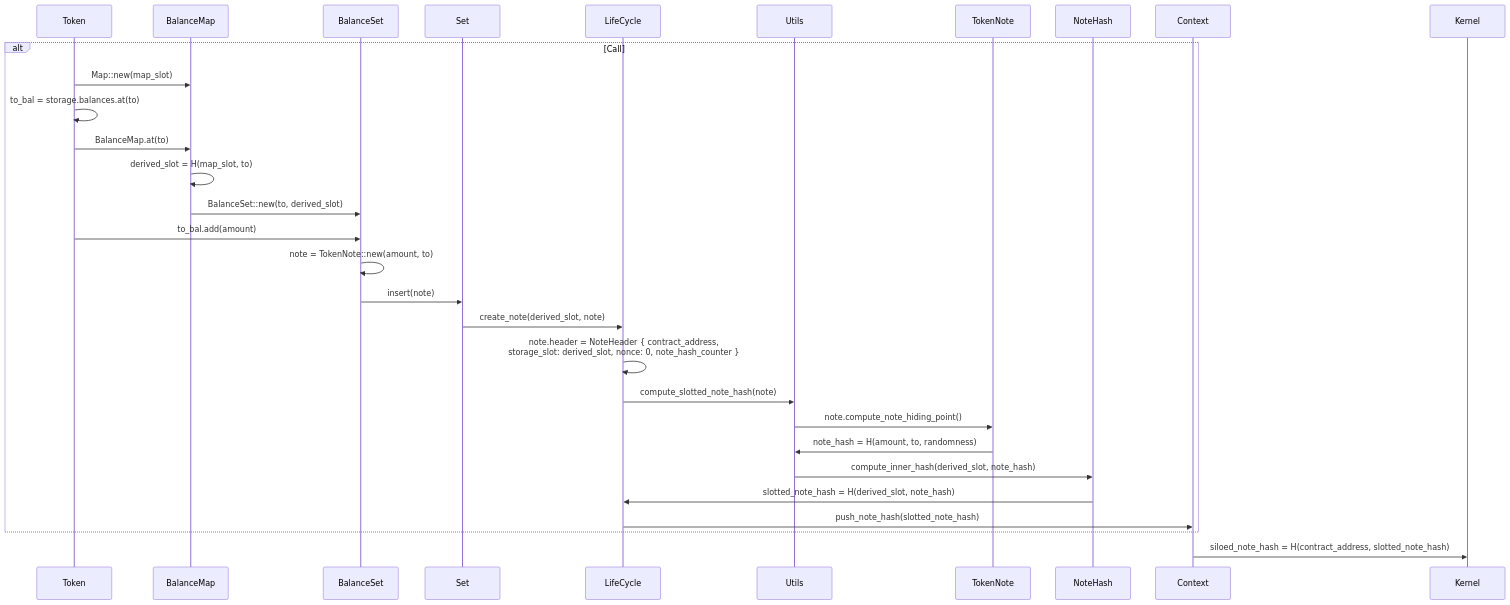
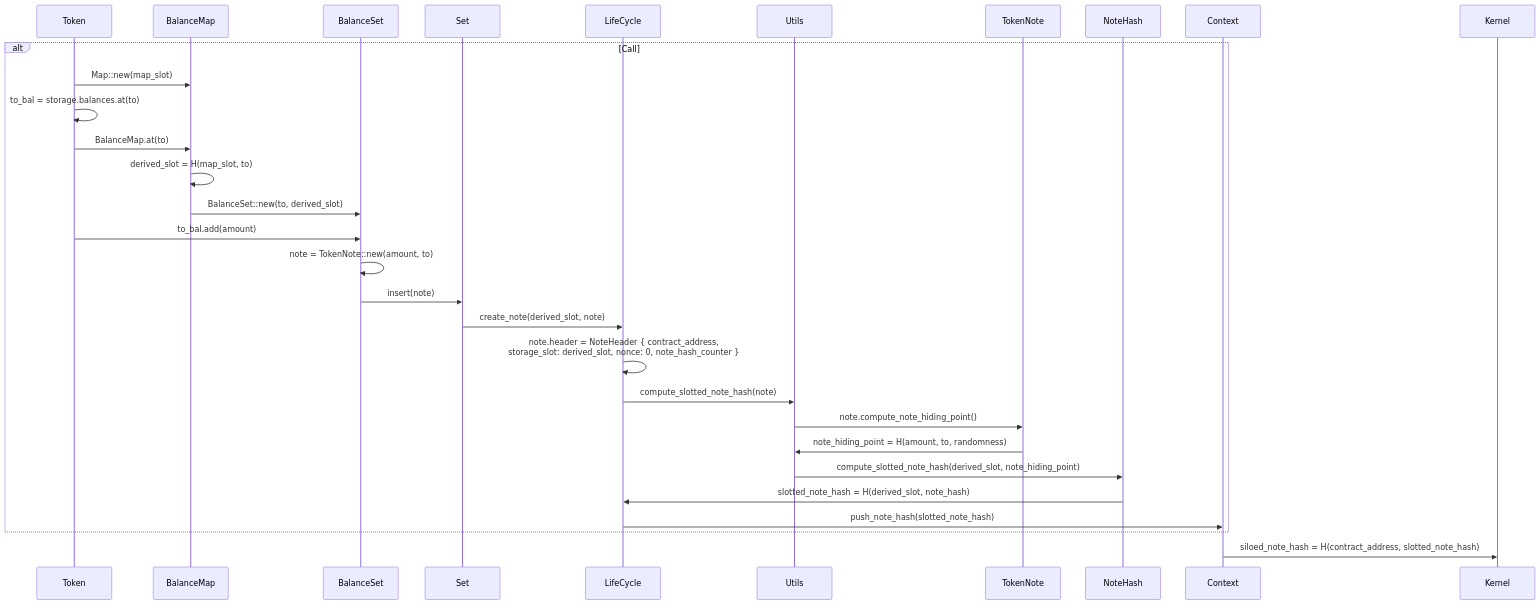
The diagram in docs/docs/guides/smart_contracts/writing_contracts/storage/storage_slots.md (AztecProtocol/aztec-packages), drawn with Mermaid before and after one commit. The commit also changed 9 other files, not shown here.

````diff
--- a/docs/docs/guides/smart_contracts/writing_contracts/storage/storage_slots.md
+++ b/docs/docs/guides/smart_contracts/writing_contracts/storage/storage_slots.md
@@ -20,22 +20,22 @@
 ```mermaid
 sequenceDiagram
     alt Call
     Token->>BalanceMap: Map::new(map_slot);
     Token->>Token: to_bal = storage.balances.at(to)
     Token->>BalanceMap: BalanceMap.at(to)
     BalanceMap->>BalanceMap: derived_slot = H(map_slot, to)
     BalanceMap->>BalanceSet: BalanceSet::new(to, derived_slot)
     Token->>BalanceSet: to_bal.add(amount)
     BalanceSet->>BalanceSet: note = TokenNote::new(amount, to)
     BalanceSet->>Set: insert(note)
     Set->>LifeCycle: create_note(derived_slot, note)
     LifeCycle->>LifeCycle: note.header = NoteHeader { contract_address, <br> storage_slot: derived_slot, nonce: 0, note_hash_counter }
     LifeCycle->>Utils: compute_slotted_note_hash(note)
     Utils->>TokenNote: note.compute_note_hiding_point()
-    TokenNote->>Utils: note_hash = H(amount, to, randomness)
-    Utils->>NoteHash: compute_inner_hash(derived_slot, note_hash)
+    TokenNote->>Utils: note_hiding_point = H(amount, to, randomness)
+    Utils->>NoteHash: compute_slotted_note_hash(derived_slot, note_hiding_point)
     NoteHash->>LifeCycle: slotted_note_hash = H(derived_slot, note_hash)
     LifeCycle->>Context: push_note_hash(slotted_note_hash)
     end
     Context->>Kernel: siloed_note_hash = H(contract_address, slotted_note_hash)
 ```
````
